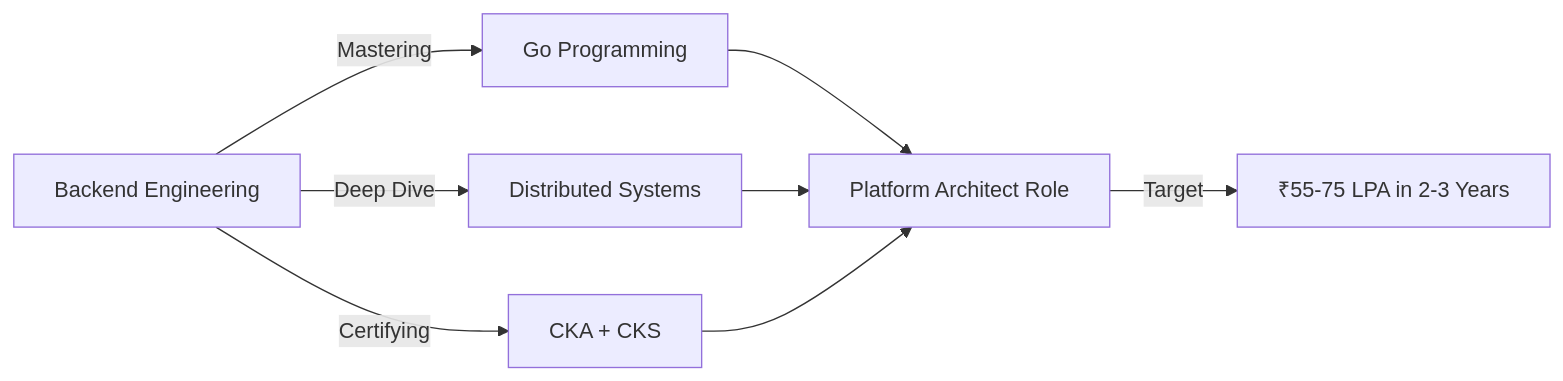
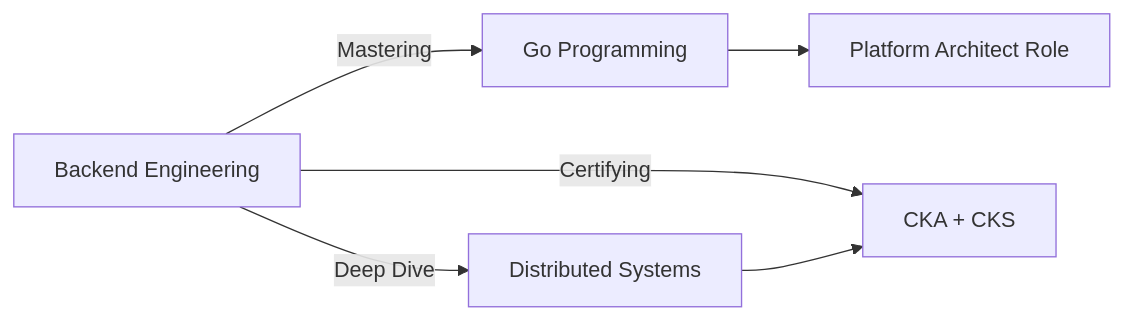
The diagram in README.md (BhargavMantha/BhargavMantha), drawn with Mermaid before and after one commit.

Commit message:
Revise career path and add project details
Updated career path diagram and added project highlights.

````diff
--- a/README.md
+++ b/README.md
@@ -86,10 +86,8 @@
 ```mermaid
 graph LR
     A[Backend Engineering] -->|Mastering| B[Go Programming]
     A -->|Deep Dive| C[Distributed Systems]
     A -->|Certifying| D[CKA + CKS]
     B --> E[Platform Architect Role]
-    C --> E
-    D --> E
-    E -->|Target| F[₹55-75 LPA in 2-3 Years]
+    C --> D
 ```
````
